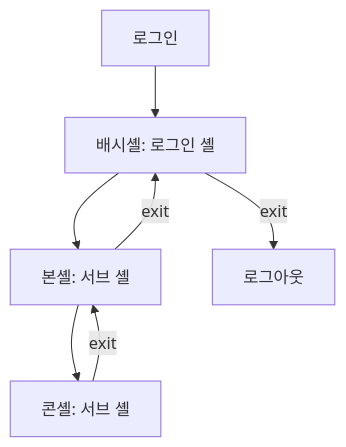
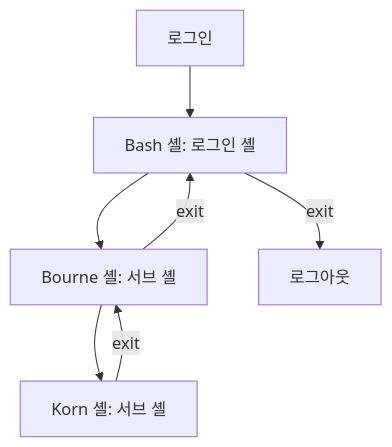
The second of 4 diagrams in Lecture-Notes/Week06_Shell-Usage/Concepts_Lecture.ko.md (Choroning/25Spring_Linux-Practice), drawn with Mermaid before and after one commit. The commit also changed other lines of this file and 17 other files, not shown here.

````diff
--- a/Lecture-Notes/Week06_Shell-Usage/Concepts_Lecture.ko.md
+++ b/Lecture-Notes/Week06_Shell-Usage/Concepts_Lecture.ko.md
@@ -216,9 +216,9 @@
 ```mermaid
 flowchart TD
-    A[로그인] --> B[배시셸: 로그인 셸]
-    B --> C[본셸: 서브 셸]
-    C --> D[콘셸: 서브 셸]
+    A[로그인] --> B[Bash 셸: 로그인 셸]
+    B --> C[Bourne 셸: 서브 셸]
+    C --> D[Korn 셸: 서브 셸]
     D -- exit --> C
     C -- exit --> B
     B -- exit --> E[로그아웃]
 ```
````
